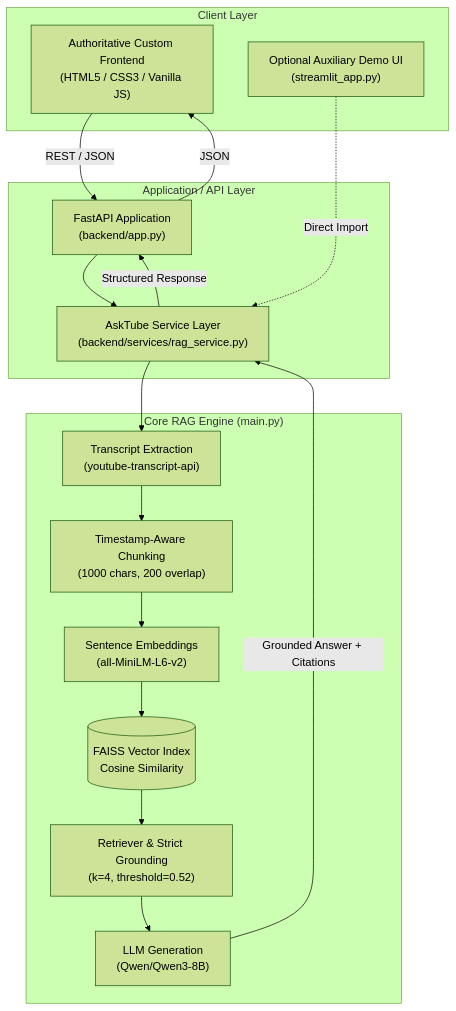
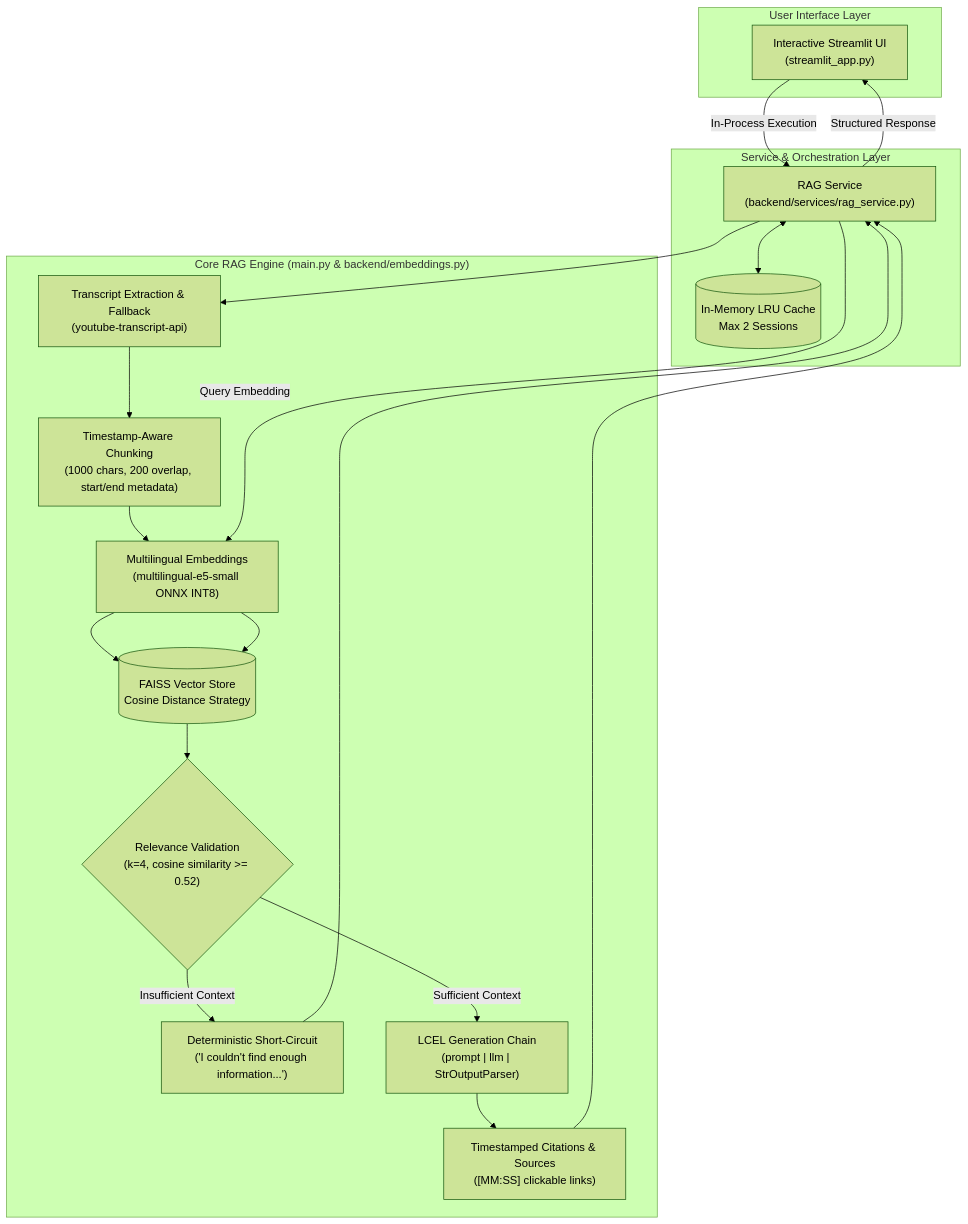
Before and after one commit to hitesh-2005/AskTube: the diagram in README.md, drawn with Mermaid (forest theme). The commit also changed other lines of this file and 36 other files, not shown here.

Commit message:
Refactor AskTube to Streamlit with RAG pipeline

````diff
--- a/README.md
+++ b/README.md
@@ -17,29 +18,30 @@
 ```mermaid
 flowchart TD
-    subgraph Client ["Client Layer"]
-        A["Authoritative Custom Frontend<br/>(HTML5 / CSS3 / Vanilla JS)"]
-        S["Optional Auxiliary Demo UI<br/>(streamlit_app.py)"]
+    subgraph UI ["User Interface Layer"]
+        A["Interactive Streamlit UI<br/>(streamlit_app.py)"]
     end
 
-    subgraph API ["Application / API Layer"]
-        B["FastAPI Application<br/>(backend/app.py)"]
-        C["AskTube Service Layer<br/>(backend/services/rag_service.py)"]
+    subgraph Service ["Service & Orchestration Layer"]
+        B["RAG Service<br/>(backend/services/rag_service.py)"]
+        LRU[("In-Memory LRU Cache<br/>Max 2 Sessions")]
     end
 
-    subgraph Core ["Core RAG Engine (main.py)"]
-        D["Transcript Extraction<br/>(youtube-transcript-api)"]
-        E["Timestamp-Aware Chunking<br/>(1000 chars, 200 overlap)"]
-        F["Sentence Embeddings<br/>(all-MiniLM-L6-v2)"]
-        G[("FAISS Vector Index<br/>Cosine Similarity")]
-        H["Retriever & Strict Grounding<br/>(k=4, threshold=0.52)"]
-        I["LLM Generation<br/>(Qwen/Qwen3-8B)"]
+    subgraph RAGCore ["Core RAG Engine (main.py & backend/embeddings.py)"]
+        C["Transcript Extraction & Fallback<br/>(youtube-transcript-api)"]
+        D["Timestamp-Aware Chunking<br/>(1000 chars, 200 overlap, start/end metadata)"]
+        E["Multilingual Embeddings<br/>(multilingual-e5-small ONNX INT8)"]
+        F[("FAISS Vector Store<br/>Cosine Distance Strategy")]
+        G{"Relevance Validation<br/>(k=4, cosine similarity >= 0.52)"}
+        NC["Deterministic Short-Circuit<br/>('I couldn't find enough information...')"]
+        H["LCEL Generation Chain<br/>(prompt | llm | StrOutputParser)"]
+        I["Timestamped Citations & Sources<br/>([MM:SS] clickable links)"]
     end
 
-    A -->|REST / JSON| B
-    B --> C
-    S -.->|Direct Import| C
-    C --> D --> E --> F --> G --> H --> I
-    I -->|Grounded Answer + Citations| C
-    C -->|Structured Response| B
-    B -->|JSON| A
+    A -->|In-Process Execution| B
+    B <--> LRU
+    B --> C --> D --> E --> F
+    B -->|Query Embedding| E --> F --> G
+    G -->|Insufficient Context| NC --> B
+    G -->|Sufficient Context| H --> I --> B
+    B -->|Structured Response| A
 ```
````
